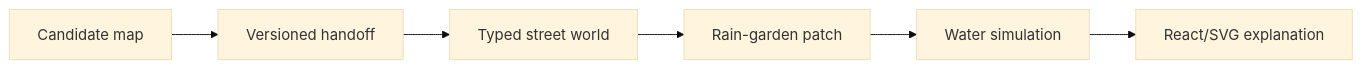
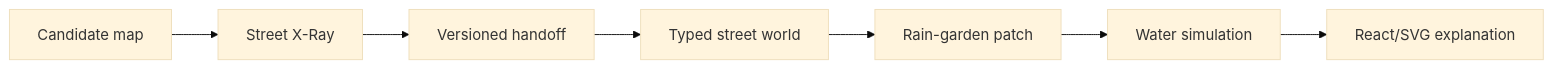
One commit to blackmath88/Hack-am-Rhein-2026-SpongeSquad changed the diagram in wrapper/docs/MVP.md. Above: the diagram before and after it, drawn with Mermaid (base theme). The commit also changed other lines of this file and 15 other files, not shown here.

````diff
--- a/wrapper/docs/MVP.md
+++ b/wrapper/docs/MVP.md
@@ -11,11 +11,12 @@
 ```mermaid
 flowchart LR
     A["Candidate map"]
-    B["Versioned handoff"]
-    C["Typed street world"]
-    D["Rain-garden patch"]
-    E["Water simulation"]
-    F["React/SVG explanation"]
+    B["Street X-Ray"]
+    C["Versioned handoff"]
+    D["Typed street world"]
+    E["Rain-garden patch"]
+    F["Water simulation"]
+    G["React/SVG explanation"]
 
-    A --> B --> C --> D --> E --> F
+    A --> B --> C --> D --> E --> F --> G
 ```
````
